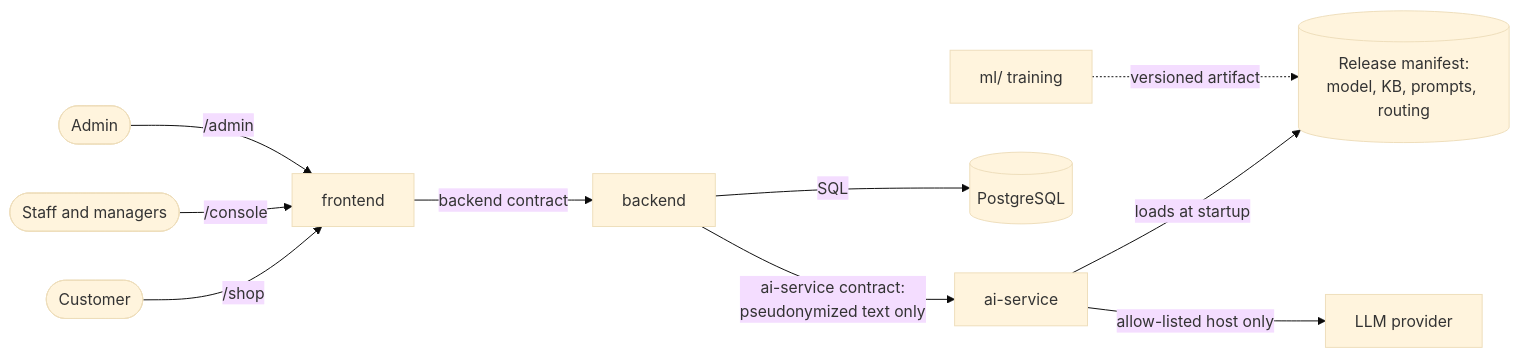
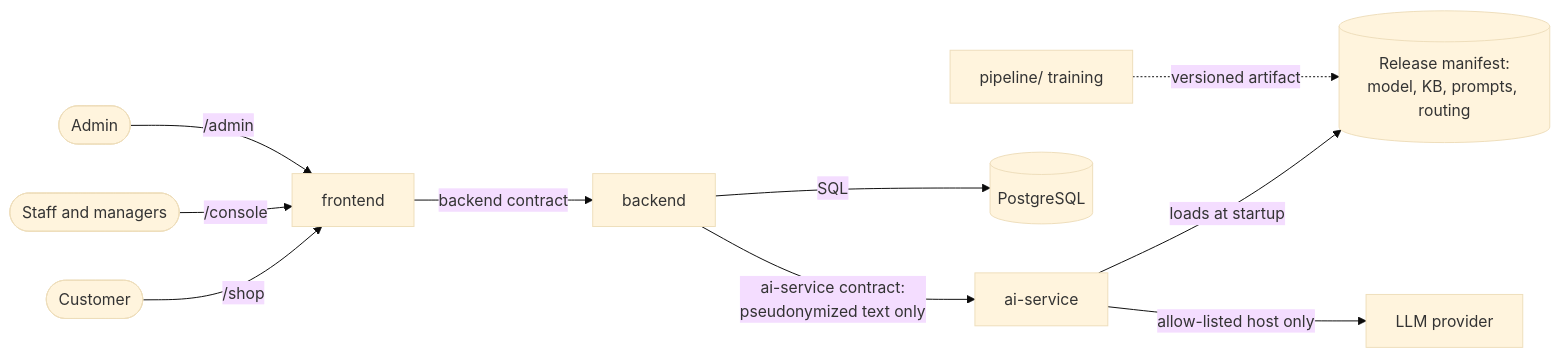
The first of 2 diagrams in README.md (ml-system-design-nhom-5/SupportIQ), drawn with Mermaid (base theme) before and after one commit. The commit also changed other lines of this file and 17 other files, not shown here.

````diff
--- a/README.md
+++ b/README.md
@@ -21,12 +21,12 @@
 ```mermaid
 flowchart LR
     Customer(["Customer"]) -->|"/shop"| FE["frontend"]
     Staff(["Staff and managers"]) -->|"/console"| FE
     Admin(["Admin"]) -->|"/admin"| FE
     FE -->|"backend contract"| BE["backend"]
     BE -->|"ai-service contract:<br/>pseudonymized text only"| AI["ai-service"]
     BE -->|"SQL"| DB[("PostgreSQL")]
     AI -->|"loads at startup"| ART[("Release manifest:<br/>model, KB, prompts, routing")]
     AI -->|"allow-listed host only"| LLM["LLM provider"]
-    ML["ml/ training"] -.->|"versioned artifact"| ART
+    ML["pipeline/ training"] -.->|"versioned artifact"| ART
 ```
````
